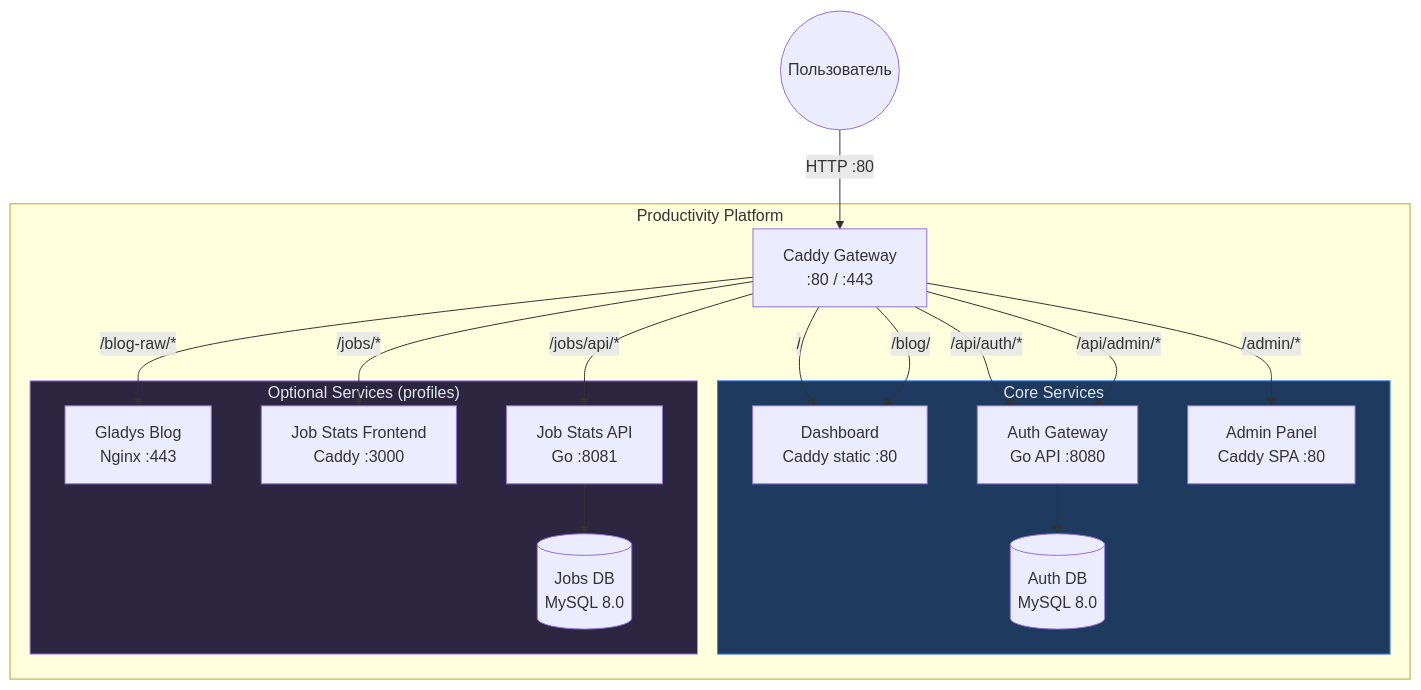
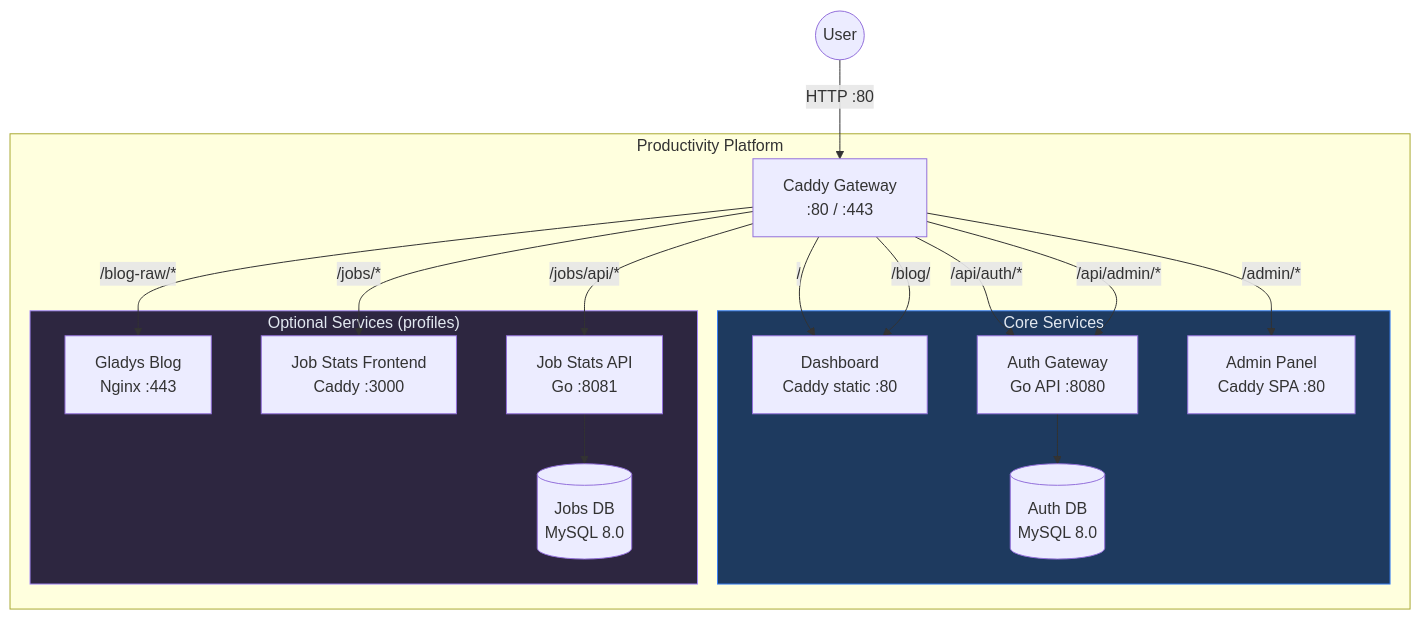
One commit to Finc8888/Dashboard changed the first of 13 diagrams in ARCHITECTURE.md. Above: the diagram before and after it, drawn with Mermaid. The commit also changed other lines of this file and 4 other files, not shown here.

````diff
--- a/ARCHITECTURE.md
+++ b/ARCHITECTURE.md
@@ -18,37 +18,37 @@
 ```mermaid
 flowchart TB
-    USER((Пользователь))
+    USER((User))
 
     subgraph Platform["Productivity Platform"]
         GW["Caddy Gateway<br/>:80 / :443"]
 
         subgraph Core["Core Services"]
             DASH["Dashboard<br/>Caddy static :80"]
             AUTH["Auth Gateway<br/>Go API :8080"]
             AUTH_UI["Admin Panel<br/>Caddy SPA :80"]
             AUTH_DB[("Auth DB<br/>MySQL 8.0")]
         end
 
         subgraph Optional["Optional Services (profiles)"]
             BLOG["Gladys Blog<br/>Nginx :443"]
             JOBS_FE["Job Stats Frontend<br/>Caddy :3000"]
             JOBS_API["Job Stats API<br/>Go :8081"]
             JOBS_DB[("Jobs DB<br/>MySQL 8.0")]
         end
     end
 
     USER -->|"HTTP :80"| GW
     GW -->|"/"| DASH
     GW -->|"/api/auth/*"| AUTH
     GW -->|"/api/admin/*"| AUTH
     GW -->|"/admin/*"| AUTH_UI
     GW -->|"/blog/"| DASH
     GW -->|"/blog-raw/*"| BLOG
     GW -->|"/jobs/*"| JOBS_FE
     GW -->|"/jobs/api/*"| JOBS_API
     AUTH --> AUTH_DB
     JOBS_API --> JOBS_DB
 
     style Core fill:#1e3a5f,stroke:#3b82f6,color:#e2e8f0
     style Optional fill:#2d2640,stroke:#a78bfa,color:#e2e8f0
 ```
````
